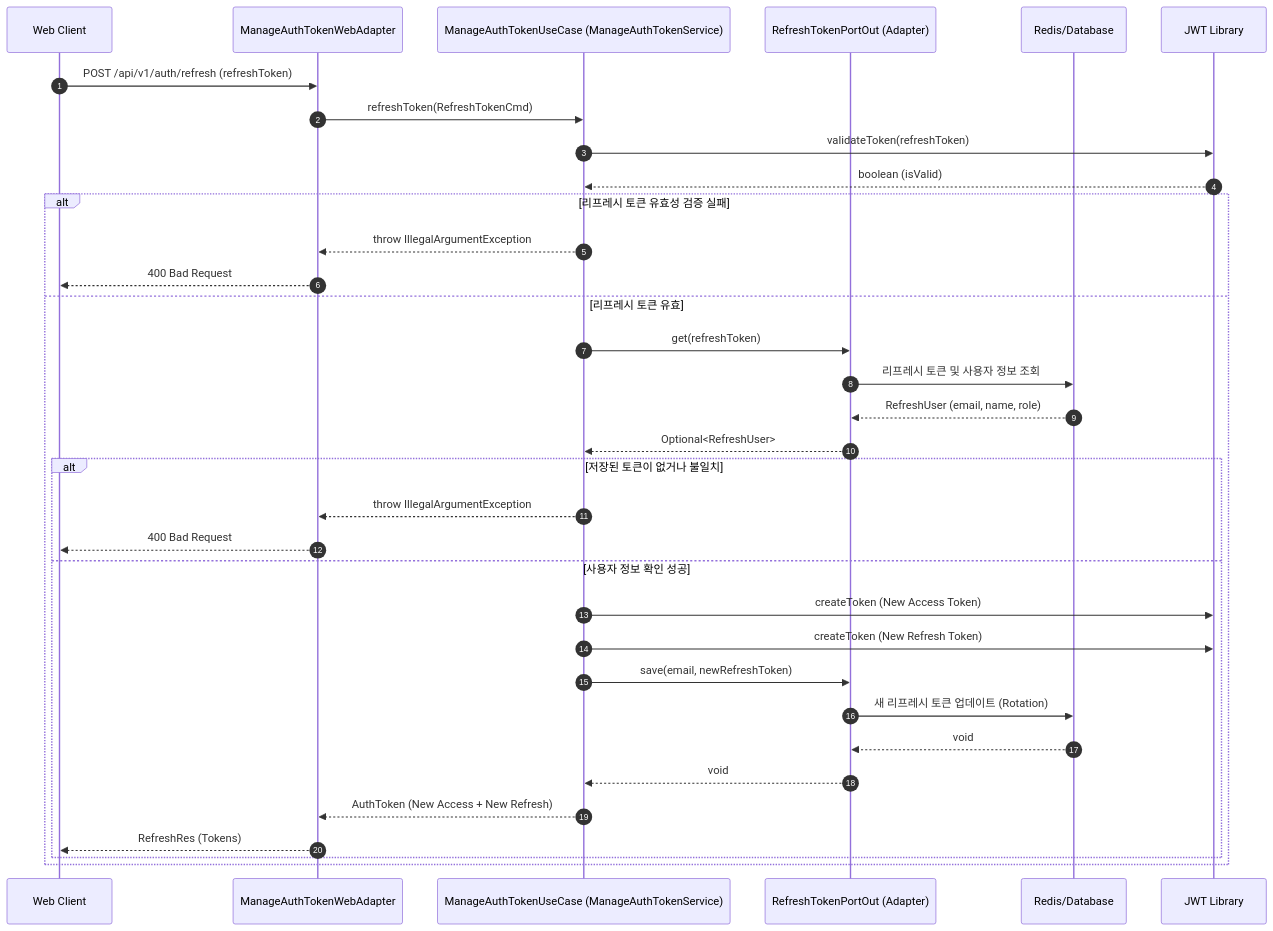
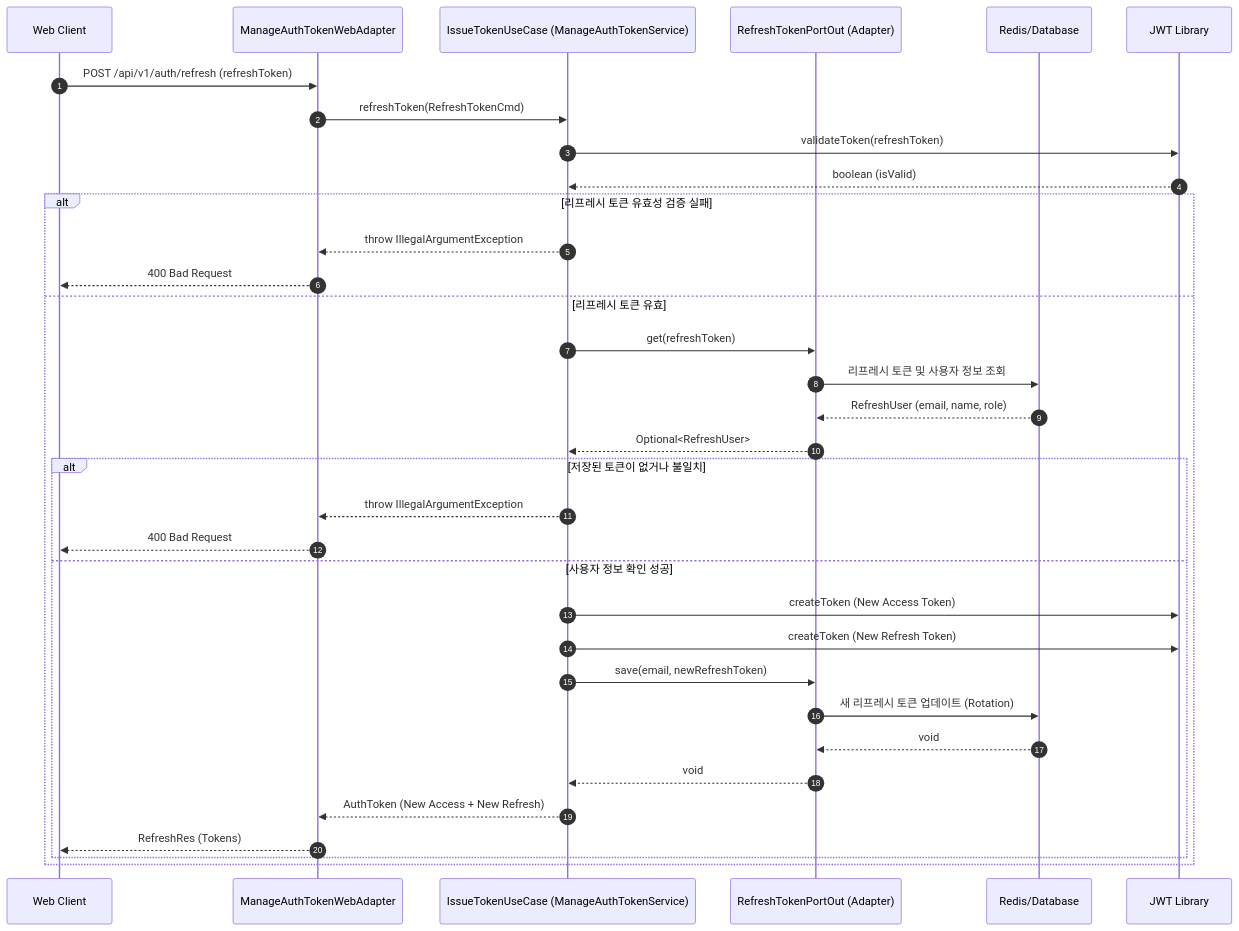
Before and after one commit to beizix/dough-api: the diagram in docs/architecture/token-refresh-sequence.md, drawn with Mermaid. The commit also changed 23 other files, not shown here.

Commit message:
✦ refactor: ManageAuthTokenUseCase 분리 및 IssueTokenService, ResolveTokenService 구현

````diff
--- a/docs/architecture/token-refresh-sequence.md
+++ b/docs/architecture/token-refresh-sequence.md
@@ -5,42 +5,42 @@
 ```mermaid
 sequenceDiagram
     autonumber
     participant Client as Web Client
     participant Adapter as ManageAuthTokenWebAdapter
-    participant UseCase as ManageAuthTokenUseCase (ManageAuthTokenService)
+    participant UseCase as IssueTokenUseCase (ManageAuthTokenService)
     participant PortOut as RefreshTokenPortOut (Adapter)
     participant DB as Redis/Database
     participant JWT as JWT Library
 
     Client->>Adapter: POST /api/v1/auth/refresh (refreshToken)
     Adapter->>UseCase: refreshToken(RefreshTokenCmd)
     
     UseCase->>JWT: validateToken(refreshToken)
     JWT-->>UseCase: boolean (isValid)
 
     alt 리프레시 토큰 유효성 검증 실패
         UseCase-->>Adapter: throw IllegalArgumentException
         Adapter-->>Client: 400 Bad Request
     else 리프레시 토큰 유효
         UseCase->>PortOut: get(refreshToken)
         PortOut->>DB: 리프레시 토큰 및 사용자 정보 조회
         DB-->>PortOut: RefreshUser (email, name, role)
         PortOut-->>UseCase: Optional<RefreshUser>
 
         alt 저장된 토큰이 없거나 불일치
             UseCase-->>Adapter: throw IllegalArgumentException
             Adapter-->>Client: 400 Bad Request
         else 사용자 정보 확인 성공
             UseCase->>JWT: createToken (New Access Token)
             UseCase->>JWT: createToken (New Refresh Token)
             
             UseCase->>PortOut: save(email, newRefreshToken)
             PortOut->>DB: 새 리프레시 토큰 업데이트 (Rotation)
             DB-->>PortOut: void
             PortOut-->>UseCase: void
             
             UseCase-->>Adapter: AuthToken (New Access + New Refresh)
             Adapter-->>Client: RefreshRes (Tokens)
         end
     end
 ```
````
